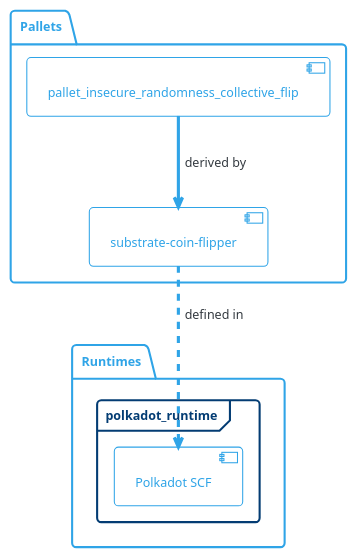
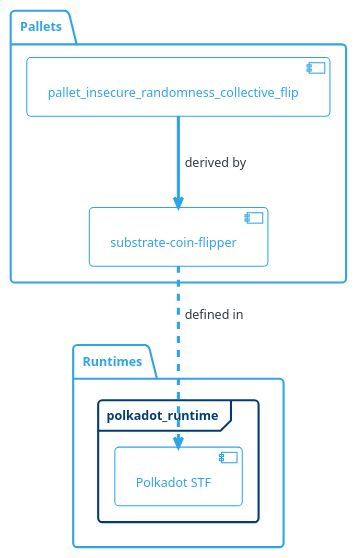
The second of 2 diagrams in Tutorial-1.md (davassi/substrate-tutorials), drawn with PlantUML before and after one commit. The commit also changed other lines of this file, not shown here.

````diff
--- a/Tutorial-1.md
+++ b/Tutorial-1.md
@@ -434,20 +434,20 @@
 ```plantuml
 @startuml
 !theme cerulean-outline
 
 package "Pallets" {
 [pallet_insecure_randomness_collective_flip] as FF
 [substrate-coin-flipper] as SCF
 }
 
 package "Runtimes" {
 frame polkadot_runtime {
-[Polkadot SCF] as PSCF
+[Polkadot STF] as PSCF
 }
 }
 
 FF --> SCF : "derived by"
 SCF ..> PSCF : "defined in"
 
 @enduml
 ```
````
